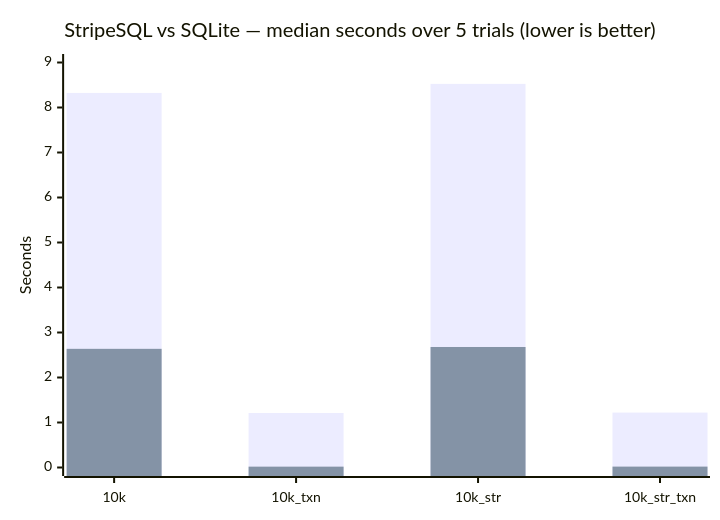
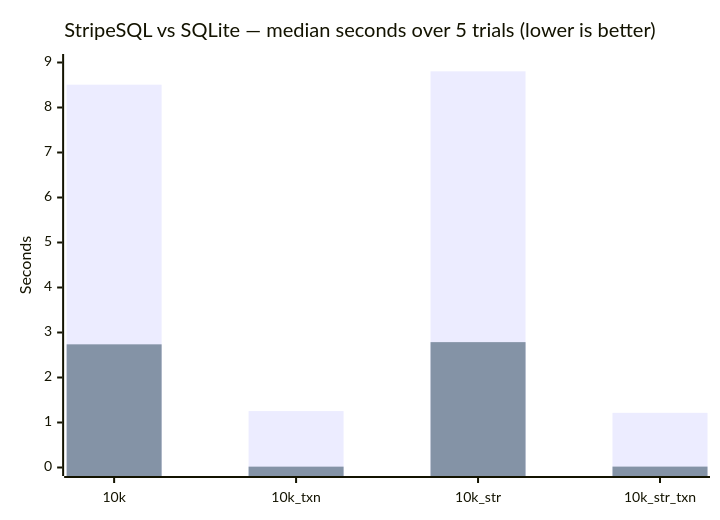
The diagram in README.md (ekothavale/StripeSQL), drawn with Mermaid before and after one commit. The commit also changed other lines of this file and 8 other files, not shown here.

````diff
--- a/README.md
+++ b/README.md
@@ -319,8 +318,8 @@
 ```mermaid
 xychart-beta
     title "StripeSQL vs SQLite — median seconds over 5 trials (lower is better)"
     x-axis ["10k", "10k_txn", "10k_str", "10k_str_txn"]
     y-axis "Seconds" 0 --> 9
-    bar "StripeSQL" [8.324, 1.211, 8.525, 1.220]
-    bar "SQLite" [2.637, 0.019, 2.678, 0.020]
+    bar "StripeSQL" [8.507, 1.254, 8.804, 1.215]
+    bar "SQLite" [2.737, 0.019, 2.786, 0.020]
 ```
````
